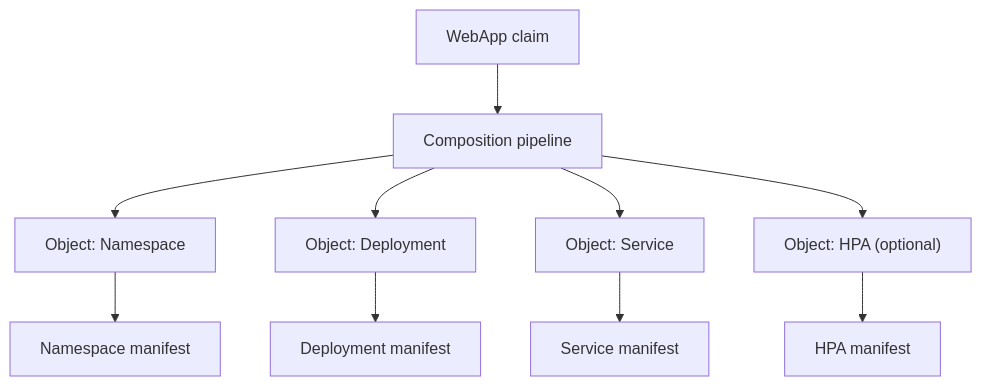
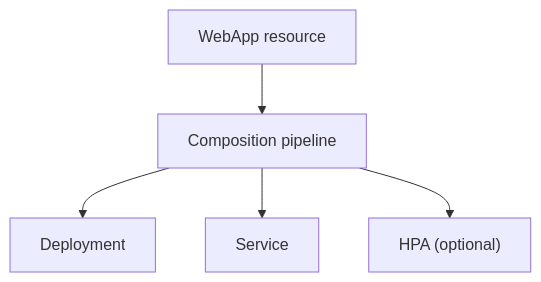
Before and after one commit to RizaSatya/homelab: the sixth of 7 diagrams in docs/2026-04-04-crossplane-resources-explained.md, drawn with Mermaid. The commit also changed other lines of this file and 16 other files, not shown here.

````diff
--- a/docs/2026-04-04-crossplane-resources-explained.md
+++ b/docs/2026-04-04-crossplane-resources-explained.md
@@ -394,13 +294,7 @@
 ```mermaid
 flowchart TD
-  A["WebApp claim"] --> B["Composition pipeline"]
-  B --> C["Object: Namespace"]
-  B --> D["Object: Deployment"]
-  B --> E["Object: Service"]
-  B --> F["Object: HPA (optional)"]
-
-  C --> C1["Namespace manifest"]
-  D --> D1["Deployment manifest"]
-  E --> E1["Service manifest"]
-  F --> F1["HPA manifest"]
+  A["WebApp resource"] --> B["Composition pipeline"]
+  B --> C["Deployment"]
+  B --> D["Service"]
+  B --> E["HPA (optional)"]
 ```
````
